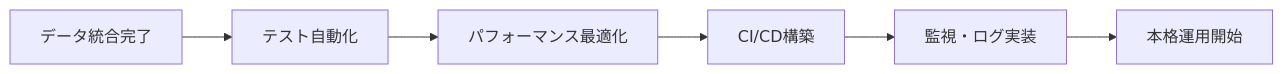
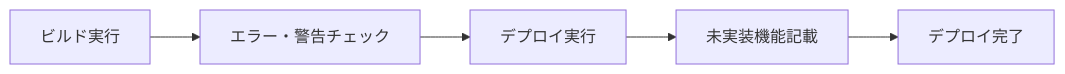
The fifth of 11 diagrams in README.md (PLUG365/DecisionFlow), drawn with Mermaid before and after one commit. The commit also changed other lines of this file, not shown here.

````diff
--- a/README.md
+++ b/README.md
@@ -53,8 +60,7 @@
 ```mermaid
 graph LR
-    A[データ統合完了] --> B[テスト自動化]
-    B --> C[パフォーマンス最適化]
-    C --> D[CI/CD構築]
-    D --> E[監視・ログ実装]
-    E --> F[本格運用開始]
+    A[ビルド実行] --> B[エラー・警告チェック]
+    B --> C[デプロイ実行]
+    C --> D[未実装機能記載]
+    D --> E[デプロイ完了]
 ```
````
